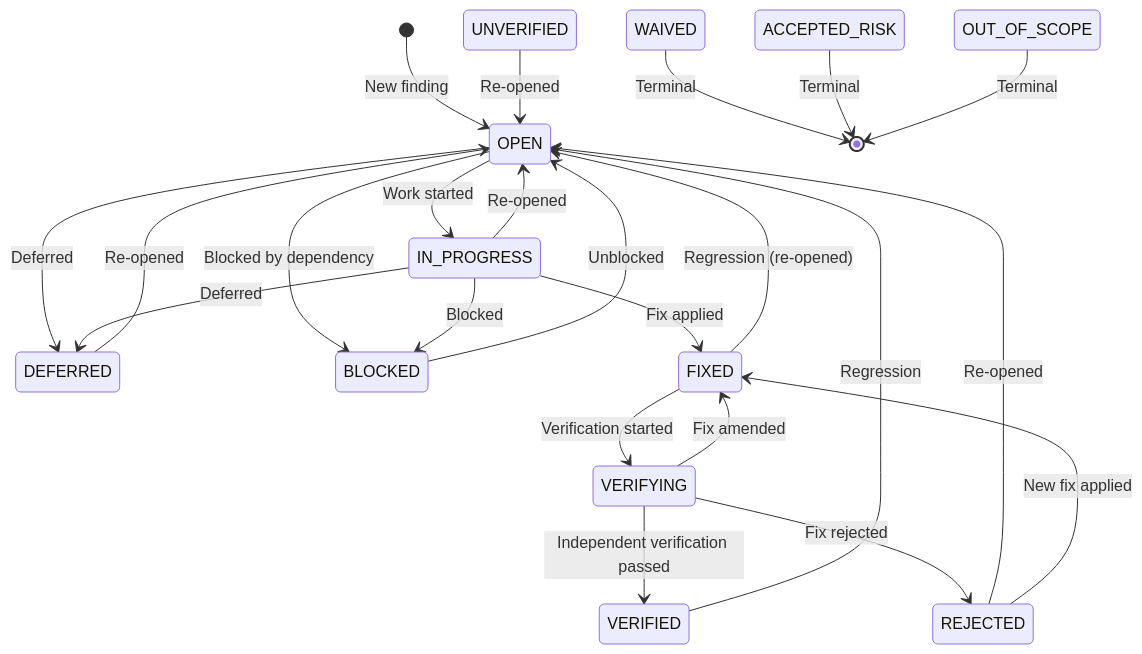
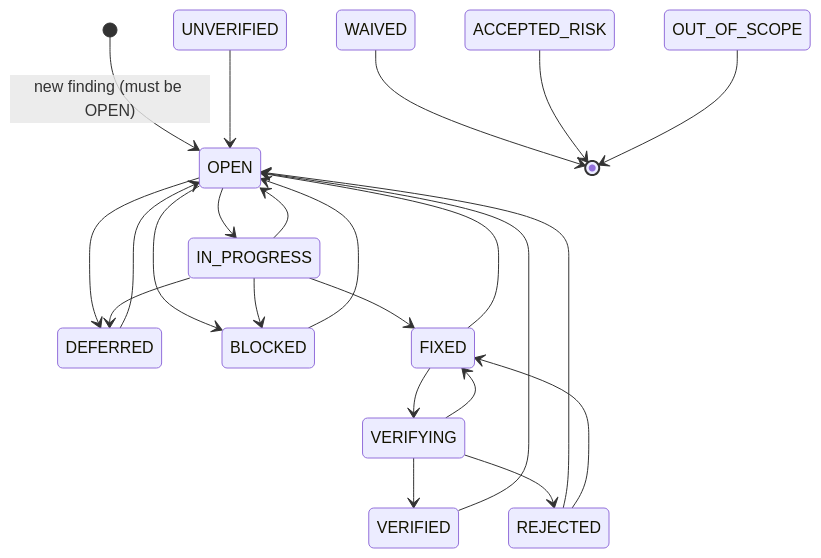
The first of 2 diagrams in docs/state/finding-state.md (masrizram/aura), drawn with Mermaid before and after one commit. The commit also changed other lines of this file and 62 other files, not shown here.

First line of the commit message:
docs: blind documentation rebuild + final architecture audit

````diff
--- a/docs/state/finding-state.md
+++ b/docs/state/finding-state.md
@@ -7,25 +16,25 @@
 ```mermaid
 stateDiagram-v2
-    [*] --> OPEN: New finding
-    OPEN --> IN_PROGRESS: Work started
-    OPEN --> DEFERRED: Deferred
-    OPEN --> BLOCKED: Blocked by dependency
-    IN_PROGRESS --> FIXED: Fix applied
-    IN_PROGRESS --> DEFERRED: Deferred
-    IN_PROGRESS --> BLOCKED: Blocked
-    IN_PROGRESS --> OPEN: Re-opened
-    FIXED --> VERIFYING: Verification started
-    FIXED --> OPEN: Regression (re-opened)
-    VERIFYING --> VERIFIED: Independent verification passed
-    VERIFYING --> REJECTED: Fix rejected
-    VERIFYING --> FIXED: Fix amended
-    VERIFIED --> OPEN: Regression
-    REJECTED --> OPEN: Re-opened
-    REJECTED --> FIXED: New fix applied
-    DEFERRED --> OPEN: Re-opened
-    BLOCKED --> OPEN: Unblocked
-    UNVERIFIED --> OPEN: Re-opened
-    WAIVED --> [*]: Terminal
-    ACCEPTED_RISK --> [*]: Terminal
-    OUT_OF_SCOPE --> [*]: Terminal
+    [*] --> OPEN : new finding (must be OPEN)
+    OPEN --> IN_PROGRESS
+    OPEN --> DEFERRED
+    OPEN --> BLOCKED
+    IN_PROGRESS --> FIXED
+    IN_PROGRESS --> DEFERRED
+    IN_PROGRESS --> BLOCKED
+    IN_PROGRESS --> OPEN
+    FIXED --> VERIFYING
+    FIXED --> OPEN
+    VERIFYING --> VERIFIED
+    VERIFYING --> REJECTED
+    VERIFYING --> FIXED
+    VERIFIED --> OPEN
+    REJECTED --> OPEN
+    REJECTED --> FIXED
+    DEFERRED --> OPEN
+    BLOCKED --> OPEN
+    UNVERIFIED --> OPEN
+    WAIVED --> [*]
+    ACCEPTED_RISK --> [*]
+    OUT_OF_SCOPE --> [*]
 ```
````
